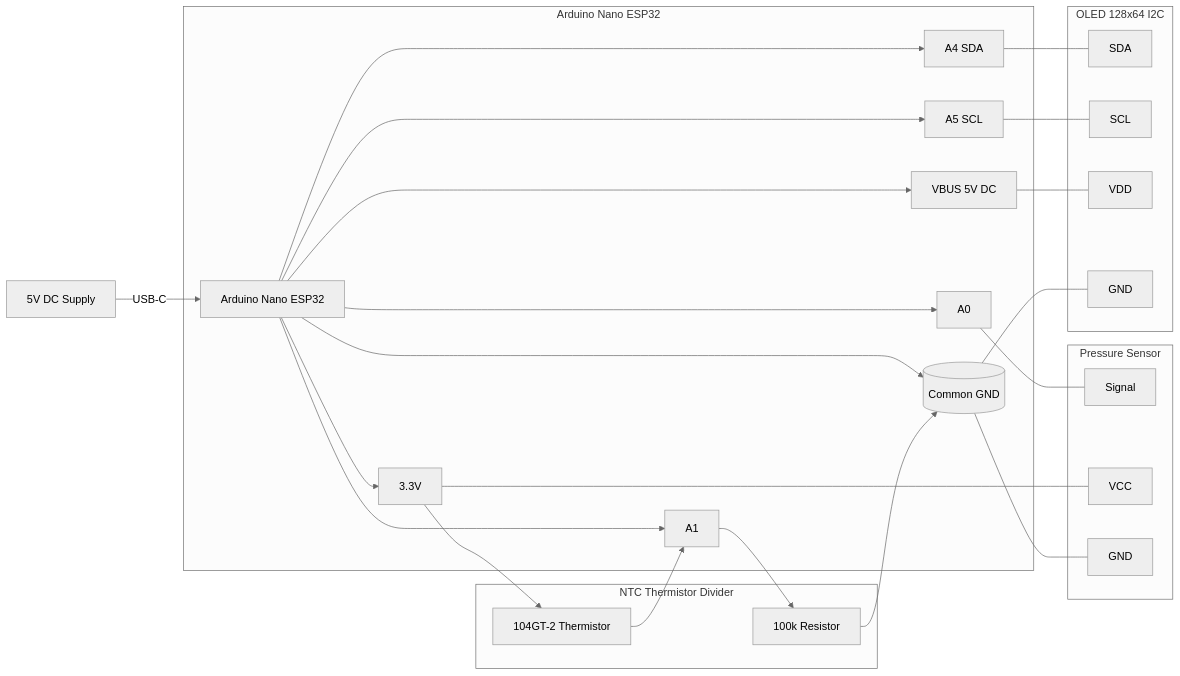
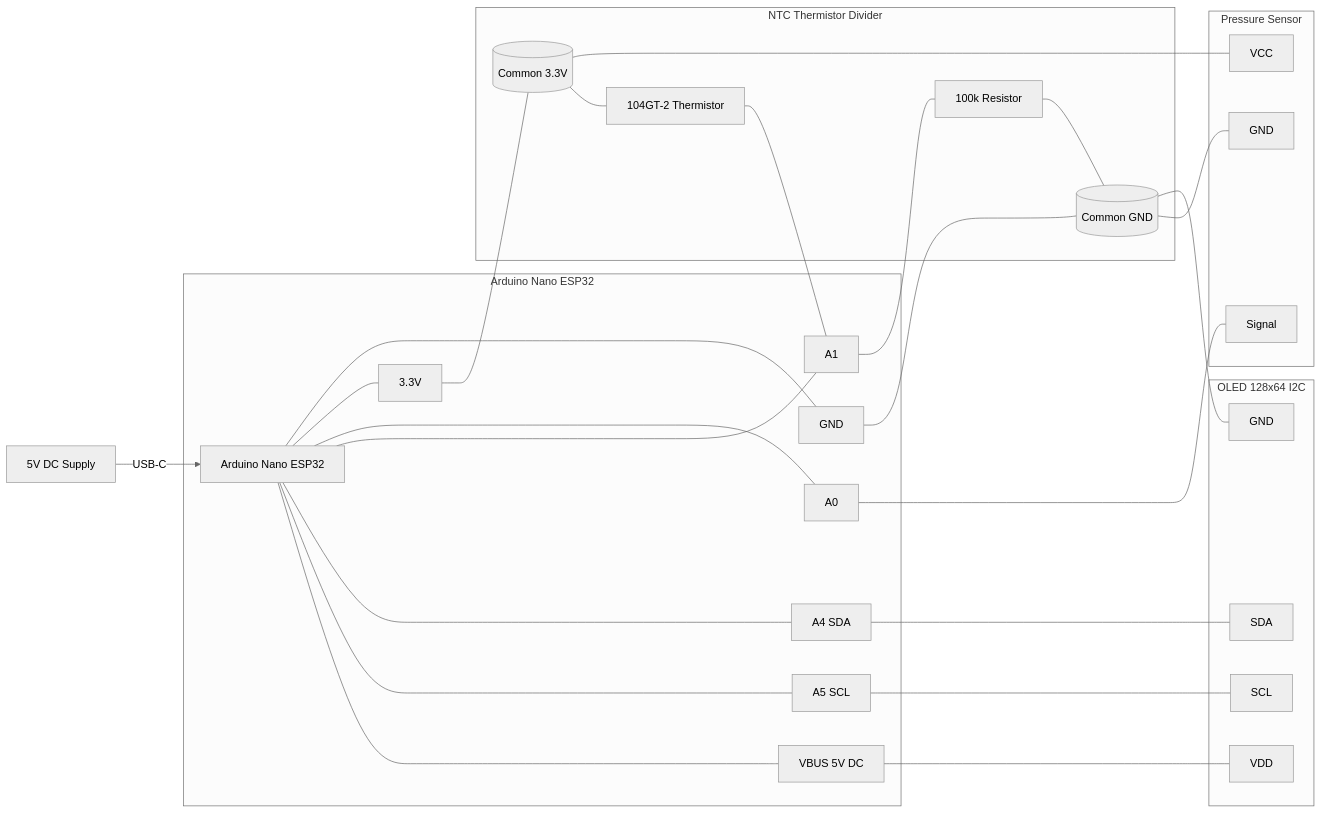
The diagram in hardware/WIRING_DIAGRAM.md (gereonwildermann/Dedicuino), drawn with Mermaid (neutral theme) before and after one commit.

Commit message:
Refactor wiring diagram to use consistent notation for connections and improve clarity

````diff
--- a/hardware/WIRING_DIAGRAM.md
+++ b/hardware/WIRING_DIAGRAM.md
@@ -28,43 +28,46 @@
 ```mermaid
 flowchart LR
     PS[5V DC Supply] -->|USB-C| NANO[Arduino Nano ESP32]
     
     subgraph ARDINO[Arduino Nano ESP32]
-      NANO --> GND[(Common GND)]
-      NANO --> V33[3.3V]
-      NANO --> A0[A0]
-      NANO --> A1[A1]
-      NANO --> A4[A4 SDA]
-      NANO --> A5[A5 SCL]
-      NANO --> VBUS[VBUS 5V DC]
+      NANO --- GND[GND]
+      NANO --- V33[3.3V]
+      NANO --- A0[A0]
+      NANO --- A1[A1]
+      NANO --- A4[A4 SDA]
+      NANO --- A5[A5 SCL]
+      NANO --- VBUS[VBUS 5V DC]
     end 
+
+    GND --- CommGND[(Common GND)]
+    V33 --- CommV33[(Common 3.3V)]
 
     subgraph OLED[OLED 128x64 I2C]
       O_SDA[SDA]
       O_SCL[SCL]
       O_VDD[VDD]
       O_GND[GND]
     end
 
     A4[A4 SDA] --- O_SDA
     A5[A5 SCL] --- O_SCL
     VBUS[VBUS 5V DC] --- O_VDD
-    GND --- O_GND
+    CommGND --- O_GND
 
     subgraph PRESS[Pressure Sensor]
       P_OUT[Signal]
       P_VCC[VCC]
       P_GND[GND]
     end
 
     A0[A0] --- P_OUT
-    V33[3.3V] --- P_VCC
-    GND --- P_GND
+    CommV33 --- P_VCC
+    CommGND --- P_GND
 
     subgraph TEMP[NTC Thermistor Divider]
-      V33 --> TH[104GT-2 Thermistor]
-      TH --> A1
-      A1 --> R100[100k Resistor]
-      R100 --> GND
+      CommV33 --- TH[104GT-2 Thermistor]
+      TH --- A1
+      A1 --- R100[100k Resistor]
+      R100 --- CommGND
     end
 ```
````
